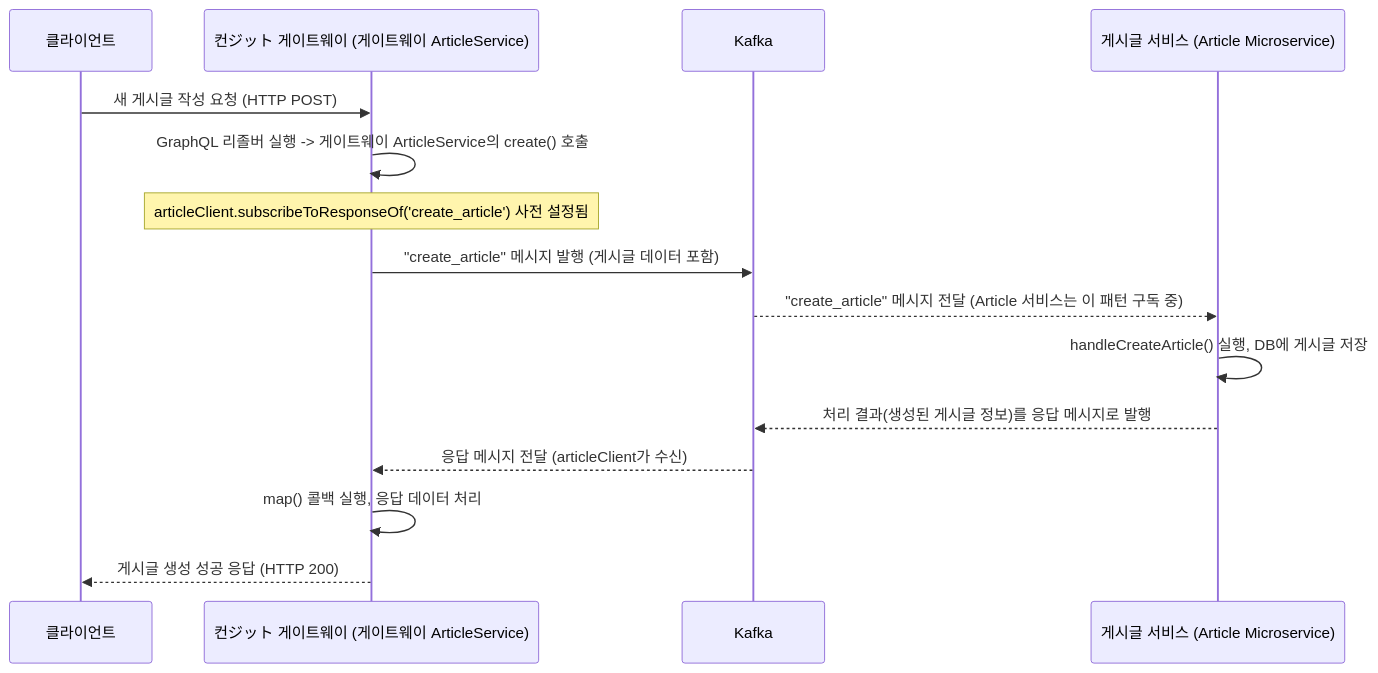
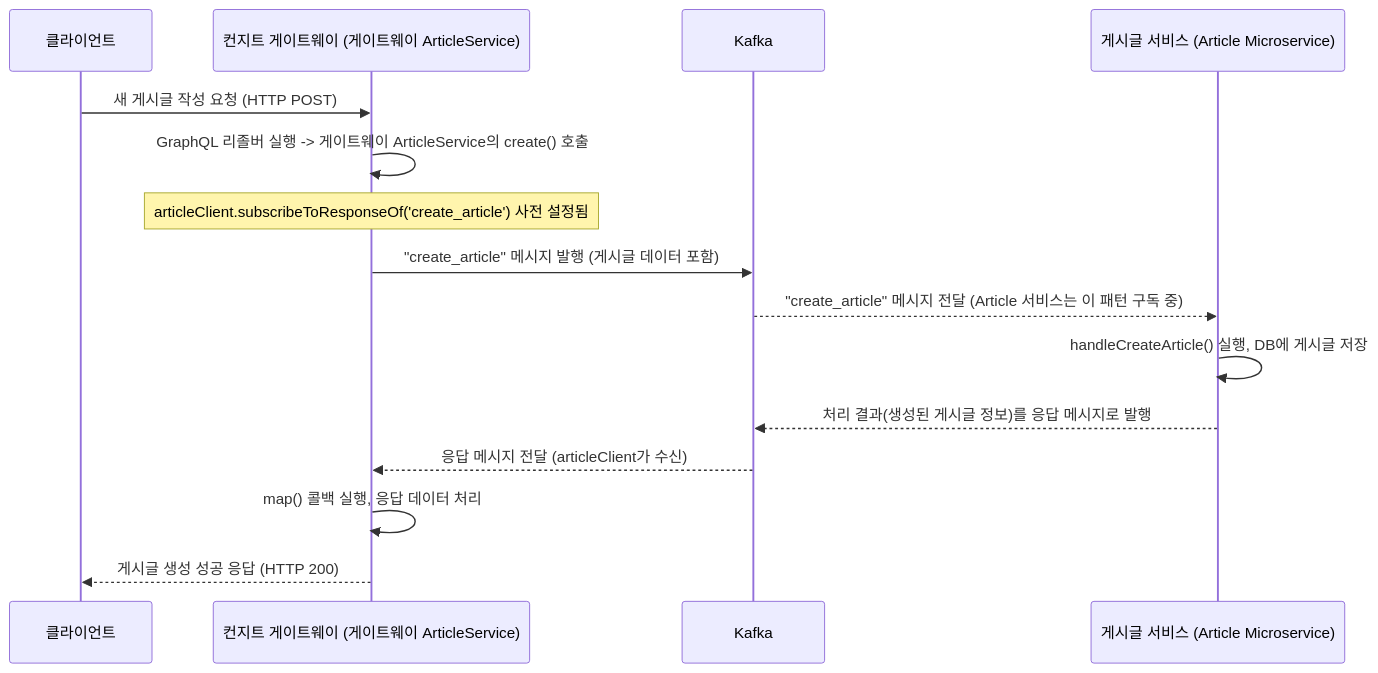
Before and after one commit to serithemage/Serverless-RealWorld: the diagram in knowledgebase/05_kafka를_통한_서비스_간_통신_.md, drawn with Mermaid. The commit also changed other lines of this file and 28 other files, not shown here.

````diff
--- a/knowledgebase/05_kafka를_통한_서비스_간_통신_.md
+++ b/knowledgebase/05_kafka를_통한_서비스_간_통신_.md
@@ -184,18 +184,18 @@
 ```mermaid
 sequenceDiagram
     participant 클라이언트
-    participant API_게이트웨이 as 컨ジット 게이트웨이 (게이트웨이 ArticleService)
+    participant API_게이트웨이 as 컨지트 게이트웨이 (게이트웨이 ArticleService)
     participant Kafka_브로커 as Kafka
     participant 게시글_서비스 as 게시글 서비스 (Article Microservice)
 
     클라이언트->>API_게이트웨이: 새 게시글 작성 요청 (HTTP POST)
     API_게이트웨이->>API_게이트웨이: GraphQL 리졸버 실행 -> 게이트웨이 ArticleService의 create() 호출
     Note over API_게이트웨이: articleClient.subscribeToResponseOf('create_article') 사전 설정됨
     API_게이트웨이->>Kafka_브로커: "create_article" 메시지 발행 (게시글 데이터 포함)
     Kafka_브로커-->>게시글_서비스: "create_article" 메시지 전달 (Article 서비스는 이 패턴 구독 중)
     게시글_서비스->>게시글_서비스: handleCreateArticle() 실행, DB에 게시글 저장
     게시글_서비스-->>Kafka_브로커: 처리 결과(생성된 게시글 정보)를 응답 메시지로 발행
     Kafka_브로커-->>API_게이트웨이: 응답 메시지 전달 (articleClient가 수신)
     API_게이트웨이->>API_게이트웨이: map() 콜백 실행, 응답 데이터 처리
     API_게이트웨이-->>클라이언트: 게시글 생성 성공 응답 (HTTP 200)
 ```
````
